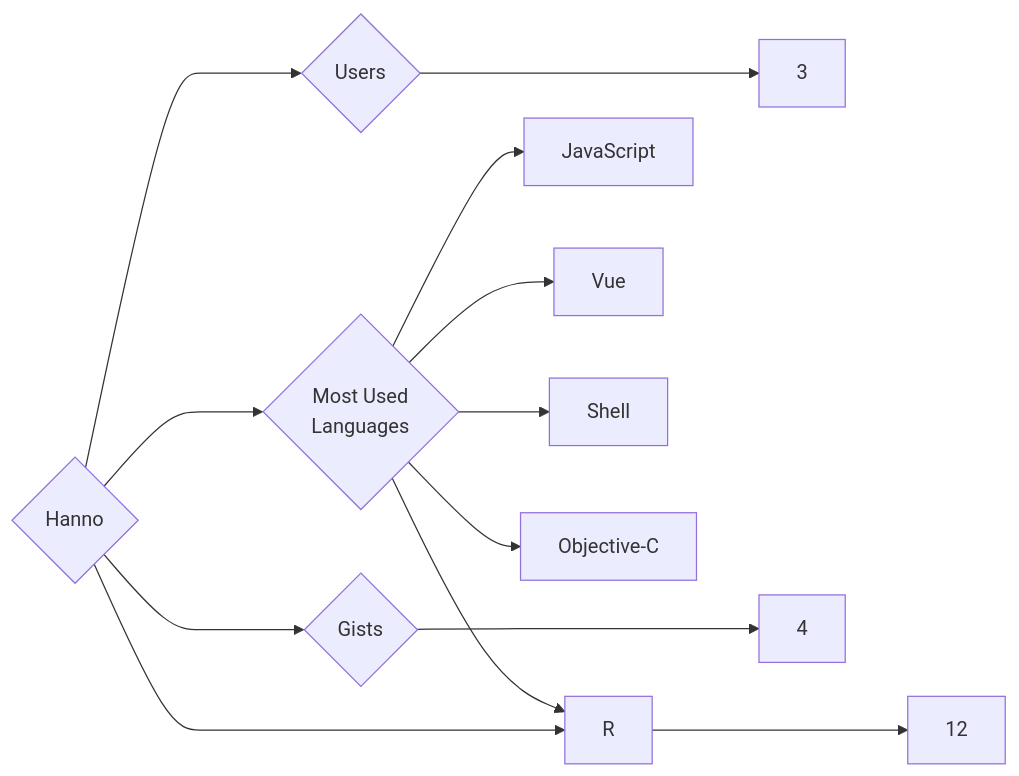
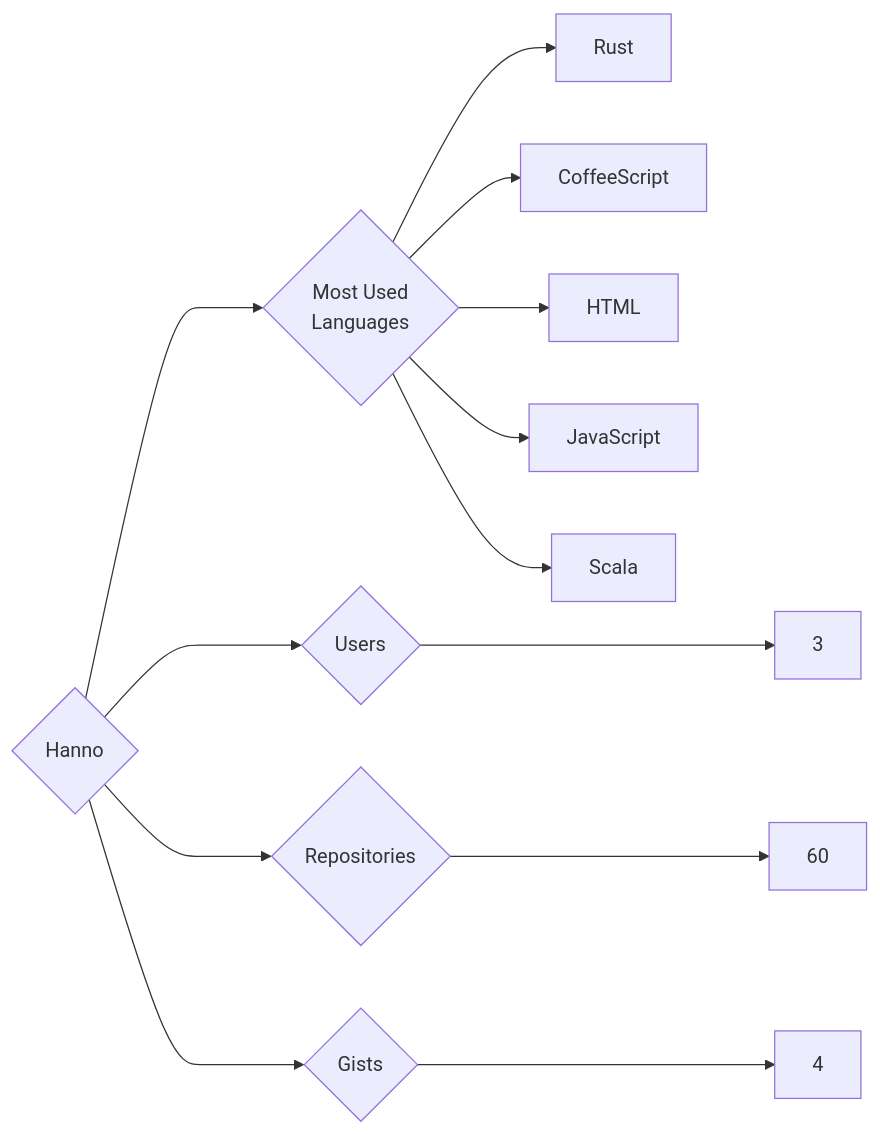
The diagram in targets/Hanno/README.md (trickest/insiders), drawn with Mermaid before and after one commit. The commit also changed 870 other files, not shown here.

````diff
--- a/targets/Hanno/README.md
+++ b/targets/Hanno/README.md
@@ -3,13 +3,13 @@
 ```mermaid
 graph LR
 COMPANY_NAME{Hanno}
 COMPANY_NAME ---> U{Users} ---> UN[3]
-COMPANY_NAME ---> R{Repositories} ---> RN[12]
+COMPANY_NAME ---> R{Repositories} ---> RN[60]
 COMPANY_NAME ---> G{Gists} ---> GN[4]
 COMPANY_NAME ---> ML{Most Used<br>Languages}
+ML --> Rust[Rust]
+ML --> CoffeeScript[CoffeeScript]
+ML --> HTML[HTML]
 ML --> JavaScript[JavaScript]
-ML --> R[R]
-ML --> Vue[Vue]
-ML --> Shell[Shell]
-ML --> Objective-C[Objective-C]
+ML --> Scala[Scala]
 ```
````
